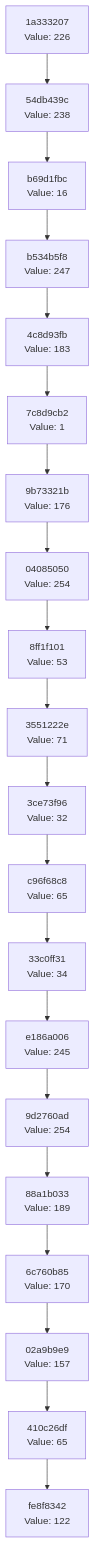
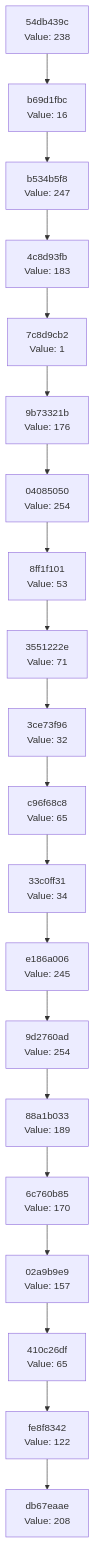
One commit to Abhisheksinha1506/hash-chain-evolver changed the diagram in docs/CHAIN_VISUALIZATION.md. Above: the diagram before and after it, drawn with Mermaid. The commit also changed 2 other files, not shown here.

Commit message:
Evolution step: hash 0xD0 → action executed

````diff
--- a/docs/CHAIN_VISUALIZATION.md
+++ b/docs/CHAIN_VISUALIZATION.md
@@ -3,42 +3,42 @@
 ```mermaid
 graph TD
-    C0["fe8f8342<br/>Value: 122"]
-    C1["410c26df<br/>Value: 65"]
+    C0["db67eaae<br/>Value: 208"]
+    C1["fe8f8342<br/>Value: 122"]
     C1 --> C0
-    C2["02a9b9e9<br/>Value: 157"]
+    C2["410c26df<br/>Value: 65"]
     C2 --> C1
-    C3["6c760b85<br/>Value: 170"]
+    C3["02a9b9e9<br/>Value: 157"]
     C3 --> C2
-    C4["88a1b033<br/>Value: 189"]
+    C4["6c760b85<br/>Value: 170"]
     C4 --> C3
-    C5["9d2760ad<br/>Value: 254"]
+    C5["88a1b033<br/>Value: 189"]
     C5 --> C4
-    C6["e186a006<br/>Value: 245"]
+    C6["9d2760ad<br/>Value: 254"]
     C6 --> C5
-    C7["33c0ff31<br/>Value: 34"]
+    C7["e186a006<br/>Value: 245"]
     C7 --> C6
-    C8["c96f68c8<br/>Value: 65"]
+    C8["33c0ff31<br/>Value: 34"]
     C8 --> C7
-    C9["3ce73f96<br/>Value: 32"]
+    C9["c96f68c8<br/>Value: 65"]
     C9 --> C8
-    C10["3551222e<br/>Value: 71"]
+    C10["3ce73f96<br/>Value: 32"]
     C10 --> C9
-    C11["8ff1f101<br/>Value: 53"]
+    C11["3551222e<br/>Value: 71"]
     C11 --> C10
-    C12["04085050<br/>Value: 254"]
+    C12["8ff1f101<br/>Value: 53"]
     C12 --> C11
-    C13["9b73321b<br/>Value: 176"]
+    C13["04085050<br/>Value: 254"]
     C13 --> C12
-    C14["7c8d9cb2<br/>Value: 1"]
+    C14["9b73321b<br/>Value: 176"]
     C14 --> C13
-    C15["4c8d93fb<br/>Value: 183"]
+    C15["7c8d9cb2<br/>Value: 1"]
     C15 --> C14
-    C16["b534b5f8<br/>Value: 247"]
+    C16["4c8d93fb<br/>Value: 183"]
     C16 --> C15
-    C17["b69d1fbc<br/>Value: 16"]
+    C17["b534b5f8<br/>Value: 247"]
     C17 --> C16
-    C18["54db439c<br/>Value: 238"]
+    C18["b69d1fbc<br/>Value: 16"]
     C18 --> C17
-    C19["1a333207<br/>Value: 226"]
+    C19["54db439c<br/>Value: 238"]
     C19 --> C18
 ```
````
